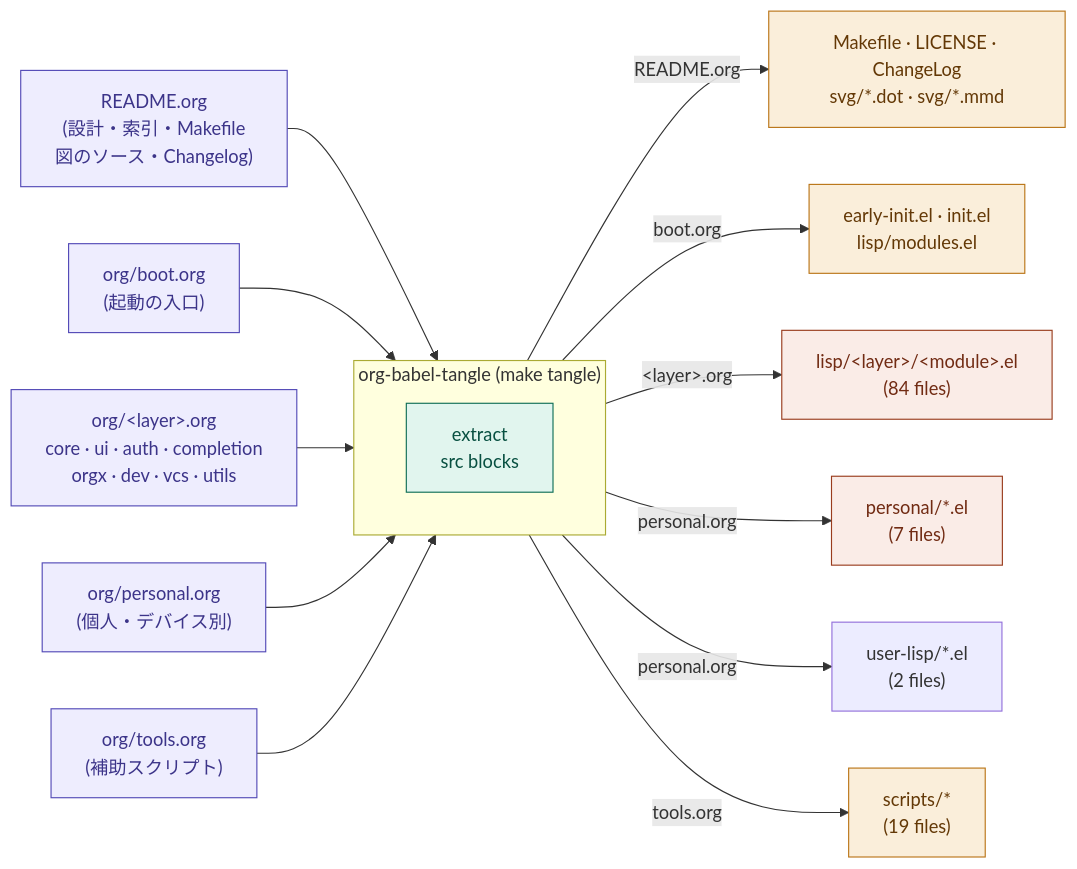
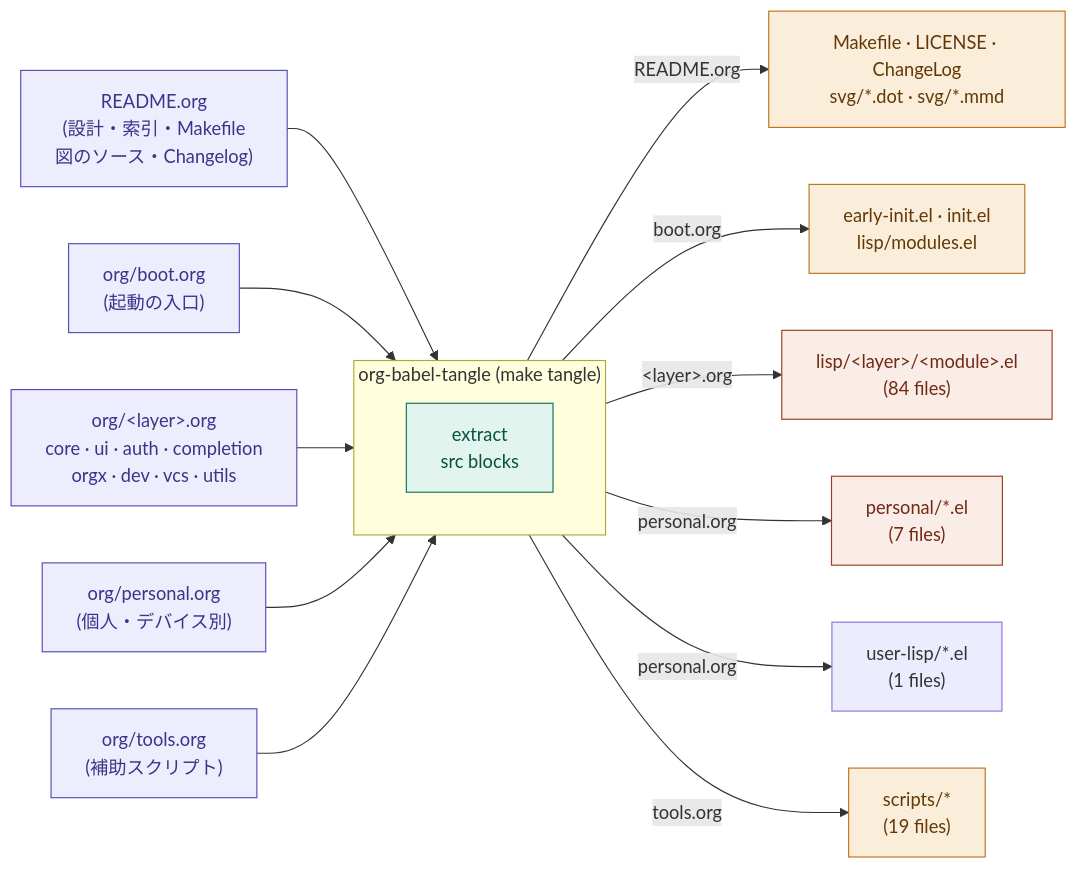
Before and after one commit to ac1965/.emacs.d: the first of 14 diagrams in README.org, drawn with Mermaid. The commit also changed other lines of this file and 6 other files, not shown here.

```diff
--- a/README.org
+++ b/README.org
@@ -1719,42 +1712,42 @@
 #+begin_src mermaid
   flowchart LR
       readme["README.org<br/>(設計・索引・Makefile<br/>図のソース・Changelog)"]
       boot["org/boot.org<br/>(起動の入口)"]
       layers["org/&lt;layer&gt;.org<br/>core · ui · auth · completion<br/>orgx · dev · vcs · utils"]
       pers["org/personal.org<br/>(個人・デバイス別)"]
       tools["org/tools.org<br/>(補助スクリプト)"]
 
       subgraph tangle["org-babel-tangle  (make tangle)"]
           extract["extract<br/>src blocks"]
       end
 
       o1["Makefile · LICENSE · ChangeLog<br/>svg/*.dot · svg/*.mmd"]
       o2["early-init.el · init.el<br/>lisp/modules.el"]
       o3["lisp/&lt;layer&gt;/&lt;module&gt;.el<br/>(84 files)"]
       o4["personal/*.el<br/>(7 files)"]
-      o4b["user-lisp/*.el<br/>(2 files)"]
+      o4b["user-lisp/*.el<br/>(1 files)"]
       o5["scripts/*<br/>(19 files)"]
 
       readme --> tangle
       boot --> tangle
       layers --> tangle
       pers --> tangle
       tools --> tangle
 
       tangle -->|README.org| o1
       tangle -->|boot.org| o2
       tangle -->|"&lt;layer&gt;.org"| o3
       tangle -->|personal.org| o4
       tangle -->|personal.org| o4b
       tangle -->|tools.org| o5
 
       classDef src fill:#EEEDFE,stroke:#534AB7,color:#3C3489
       classDef tangle fill:#E1F5EE,stroke:#0F6E56,color:#085041
       classDef config fill:#FAEEDA,stroke:#BA7517,color:#633806
       classDef modules fill:#FAECE7,stroke:#993C1D,color:#712B13
 
       class readme,boot,layers,pers,tools src
       class extract tangle
       class o1,o2,o5 config
       class o3,o4 modules
 #+end_src
```
